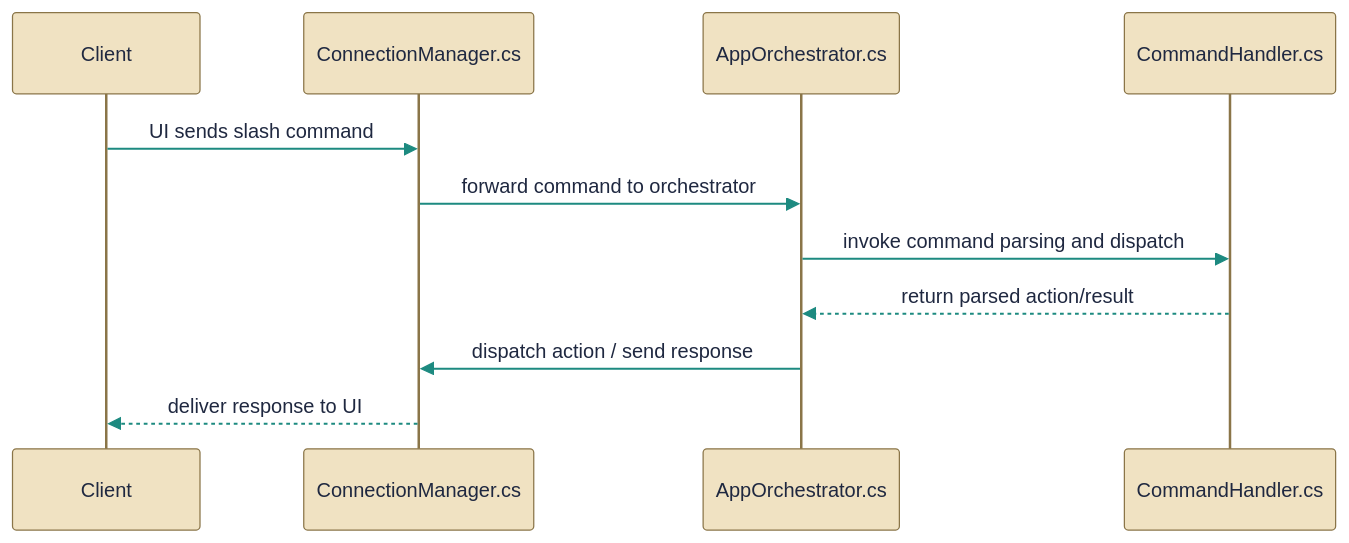
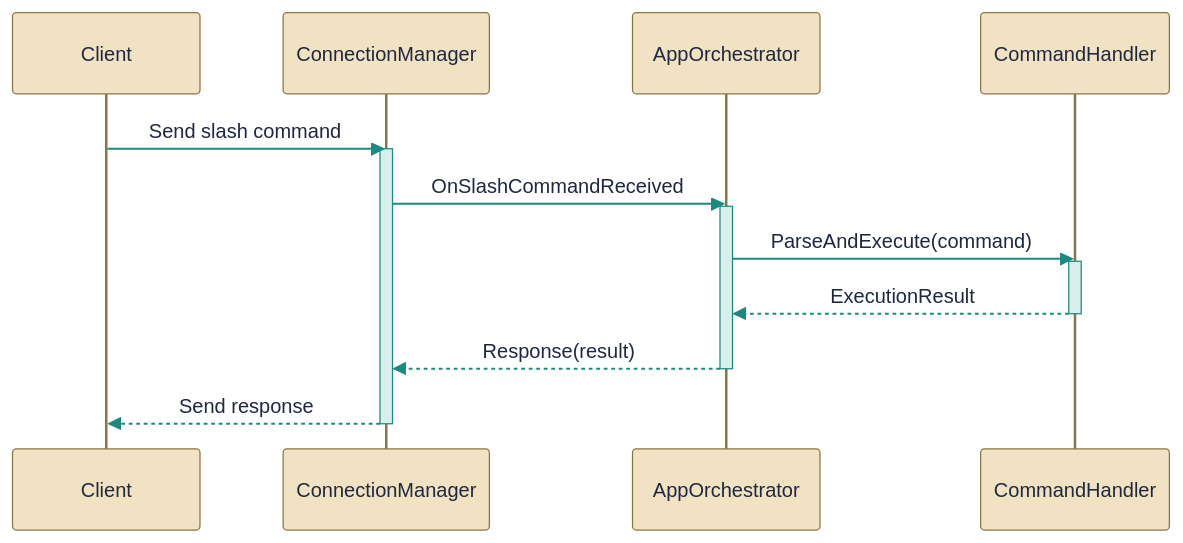
One commit to HueByte/EchoHub changed the diagram in docs/auriondocs/Synthesis/command-handling.md. Above: the diagram before and after it, drawn with Mermaid. The commit also changed other lines of this file and 143 other files, not shown here.

````diff
--- a/docs/auriondocs/Synthesis/command-handling.md
+++ b/docs/auriondocs/Synthesis/command-handling.md
@@ -7,14 +7,21 @@
 ```mermaid
 %%{init: {'theme':'base','themeVariables':{'background':'#faf7ef','primaryColor':'#f0e2c2','primaryTextColor':'#1f2840','primaryBorderColor':'#8a7548','secondaryColor':'#d9efec','secondaryBorderColor':'#1d8a80','secondaryTextColor':'#1f2840','tertiaryColor':'#f2ebd8','tertiaryBorderColor':'#8a7548','tertiaryTextColor':'#1f2840','lineColor':'#1d8a80','titleColor':'#1f2840','fontSize':'14px','edgeLabelBackground':'#faf7ef','clusterBkg':'#f2ebd8','clusterBorder':'#8a7548','actorBkg':'#f0e2c2','actorBorder':'#8a7548','actorTextColor':'#1f2840','actorLineColor':'#8a7548','signalColor':'#1d8a80','signalTextColor':'#1f2840','activationBkgColor':'#d9efec','activationBorderColor':'#1d8a80','noteBkgColor':'#f2ebd8','noteBorderColor':'#8a7548','noteTextColor':'#1f2840','labelBoxBkgColor':'#f0e2c2','labelBoxBorderColor':'#8a7548','labelTextColor':'#1f2840','transitionColor':'#1d8a80','transitionLabelColor':'#1f2840','stateLabelColor':'#1f2840','altBackground':'#f2ebd8'}}}%%
 sequenceDiagram
 participant Client
-participant ConnectionManager_cs as ConnectionManager.cs
-participant AppOrchestrator_cs as AppOrchestrator.cs
-participant CommandHandler_cs as CommandHandler.cs
-Client->>ConnectionManager_cs: UI sends slash command
-ConnectionManager_cs->>AppOrchestrator_cs: forward command to orchestrator
-AppOrchestrator_cs->>CommandHandler_cs: invoke command parsing and dispatch
-CommandHandler_cs-->>AppOrchestrator_cs: return parsed action/result
-AppOrchestrator_cs->>ConnectionManager_cs: dispatch action / send response
-ConnectionManager_cs-->>Client: deliver response to UI
+participant ConnectionManager
+participant AppOrchestrator
+participant CommandHandler
+
+Client->>ConnectionManager: Send slash command
+activate ConnectionManager
+ConnectionManager->>AppOrchestrator: OnSlashCommandReceived
+activate AppOrchestrator
+AppOrchestrator->>CommandHandler: ParseAndExecute(command)
+activate CommandHandler
+CommandHandler-->>AppOrchestrator: ExecutionResult
+deactivate CommandHandler
+AppOrchestrator-->>ConnectionManager: Response(result)
+deactivate AppOrchestrator
+ConnectionManager-->>Client: Send response
+deactivate ConnectionManager
 ```
````
